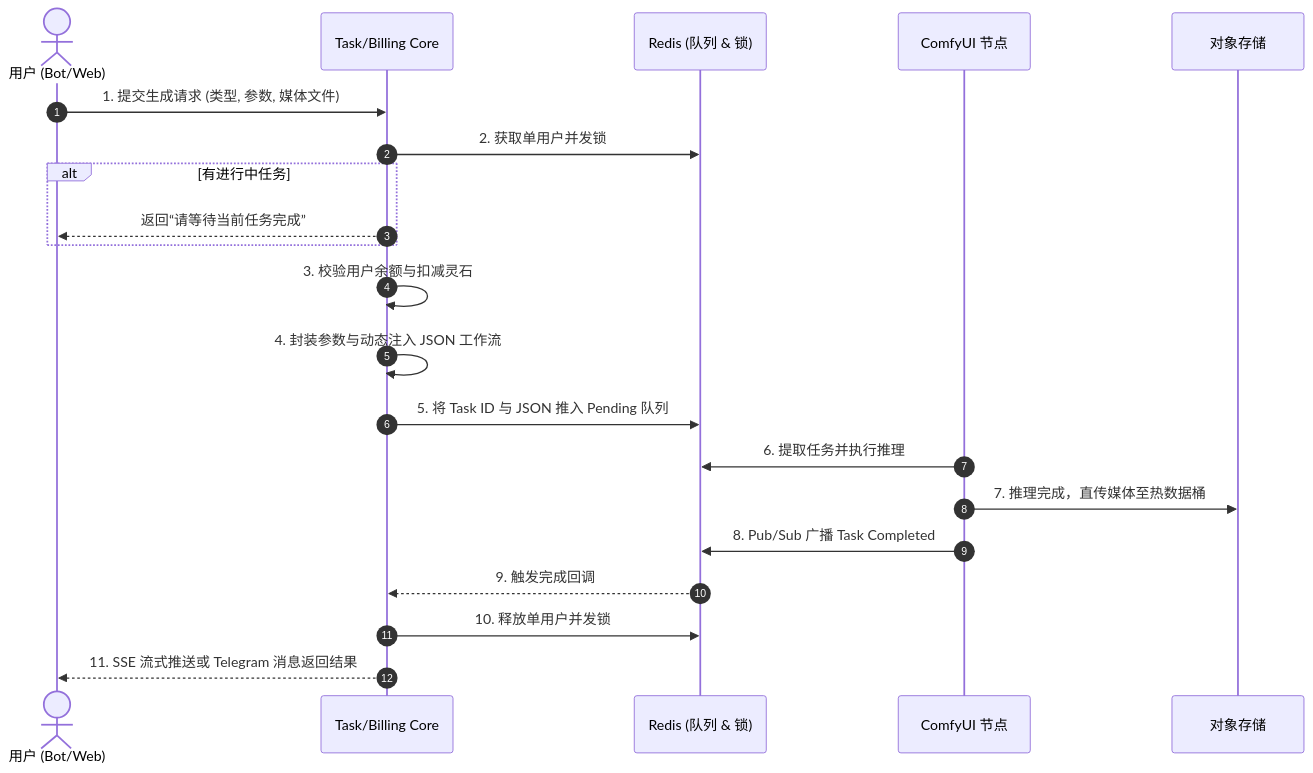
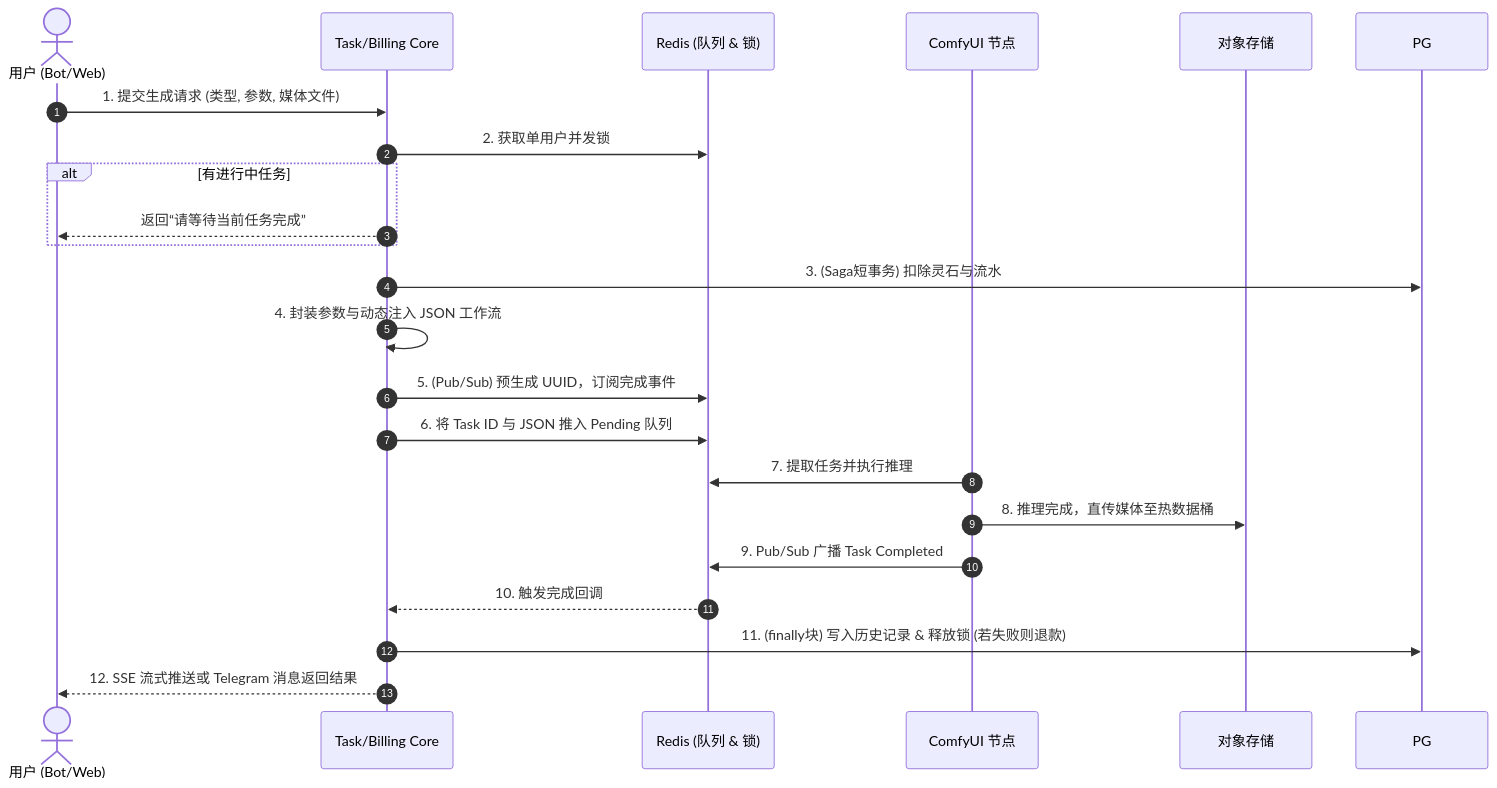
The diagram in docs/business/01_BIZ_AI创作与生成板块.md (giraffu/All_bot), drawn with Mermaid before and after one commit. The commit also changed 13 other files, not shown here.

````diff
--- a/docs/business/01_BIZ_AI创作与生成板块.md
+++ b/docs/business/01_BIZ_AI创作与生成板块.md
@@ -22,24 +22,25 @@
 ```mermaid
 sequenceDiagram
     autonumber
     actor User as 用户 (Bot/Web)
     participant Core as Task/Billing Core
     participant Redis as Redis (队列 & 锁)
     participant Worker as ComfyUI 节点
     participant MinIO as 对象存储
 
     User->>Core: 1. 提交生成请求 (类型, 参数, 媒体文件)
     Core->>Redis: 2. 获取单用户并发锁
     alt 有进行中任务
         Core-->>User: 返回“请等待当前任务完成”
     end
-    Core->>Core: 3. 校验用户余额与扣减灵石
+    Core->>PG: 3. (Saga短事务) 扣除灵石与流水
     Core->>Core: 4. 封装参数与动态注入 JSON 工作流
-    Core->>Redis: 5. 将 Task ID 与 JSON 推入 Pending 队列
-    Worker->>Redis: 6. 提取任务并执行推理
-    Worker->>MinIO: 7. 推理完成，直传媒体至热数据桶
-    Worker->>Redis: 8. Pub/Sub 广播 Task Completed
-    Redis-->>Core: 9. 触发完成回调
-    Core->>Redis: 10. 释放单用户并发锁
-    Core-->>User: 11. SSE 流式推送或 Telegram 消息返回结果
+    Core->>Redis: 5. (Pub/Sub) 预生成 UUID，订阅完成事件
+    Core->>Redis: 6. 将 Task ID 与 JSON 推入 Pending 队列
+    Worker->>Redis: 7. 提取任务并执行推理
+    Worker->>MinIO: 8. 推理完成，直传媒体至热数据桶
+    Worker->>Redis: 9. Pub/Sub 广播 Task Completed
+    Redis-->>Core: 10. 触发完成回调
+    Core->>PG: 11. (finally块) 写入历史记录 & 释放锁 (若失败则退款)
+    Core-->>User: 12. SSE 流式推送或 Telegram 消息返回结果
 ```
````
